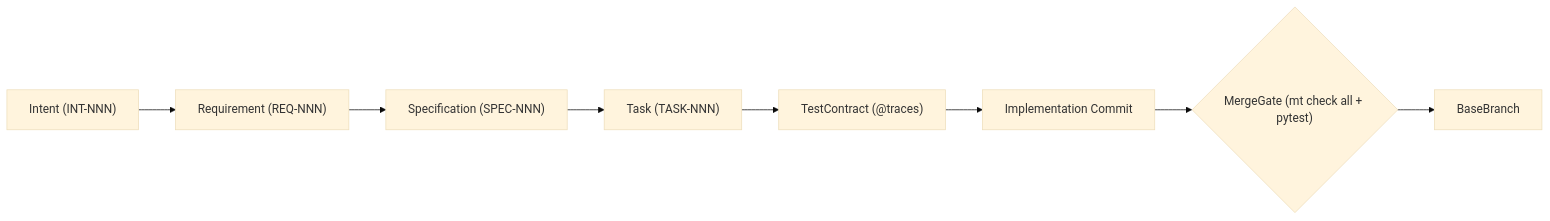
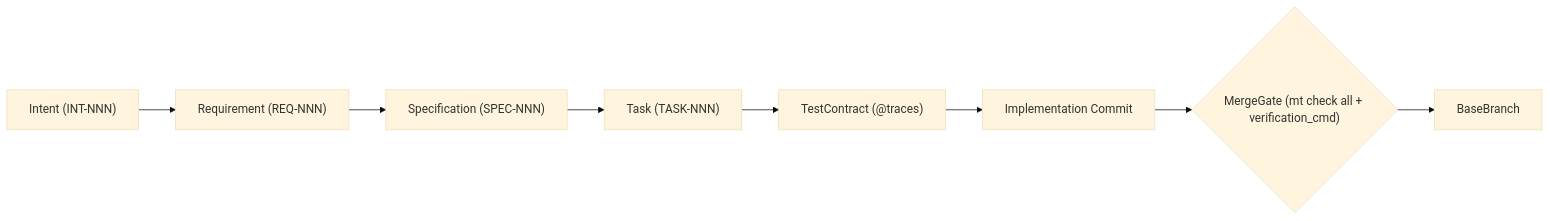
The diagram in README.md (philipp-vocal-logic/multi-tasker), drawn with Mermaid (base theme) before and after one commit. The commit also changed other lines of this file, not shown here.

````diff
--- a/README.md
+++ b/README.md
@@ -7,10 +5,10 @@
 ```mermaid
 flowchart LR
     INT["Intent (INT-NNN)"] --> REQ["Requirement (REQ-NNN)"]
     REQ --> SPEC["Specification (SPEC-NNN)"]
     SPEC --> TASK["Task (TASK-NNN)"]
     TASK --> TEST["TestContract (@traces)"]
     TEST --> IMPL["Implementation Commit"]
-    IMPL --> GATE{"MergeGate (mt check all + pytest)"}
+    IMPL --> GATE{"MergeGate (mt check all + verification_cmd)"}
     GATE --> MAIN["BaseBranch"]
 ```
````
